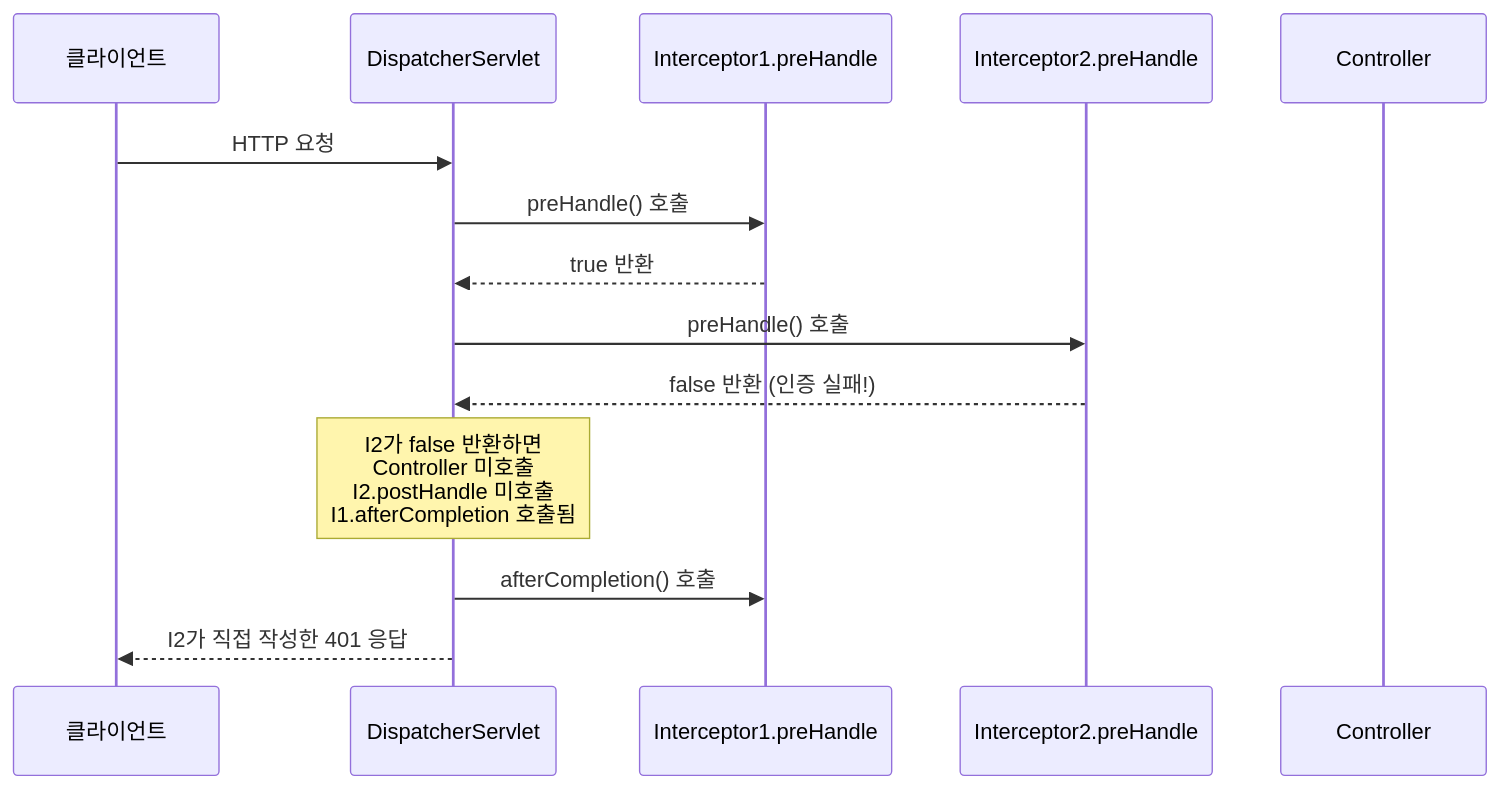
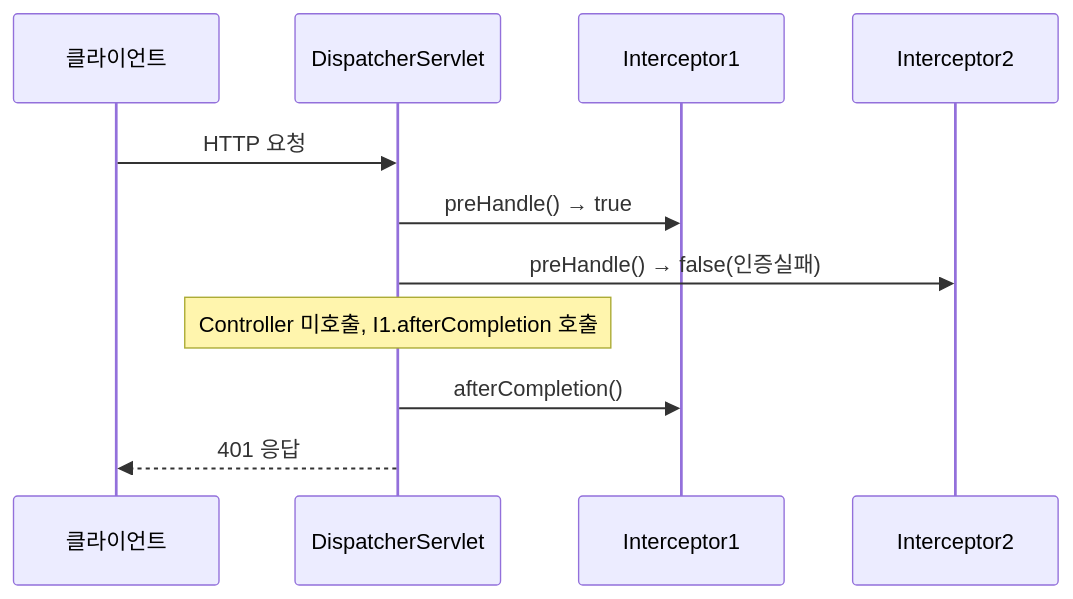
Before and after one commit to yjkim2015/yjkim2015.github.io: the fourth of 8 diagrams in _posts/spring/2026-05-02-spring-interceptor.md, drawn with Mermaid. The commit also changed other lines of this file and 215 other files, not shown here.

First line of the commit message:
신규 포스트 10개 추가 + Mermaid 전면 축소 + SystemDesign 시리즈 보강

````diff
--- a/_posts/spring/2026-05-02-spring-interceptor.md
+++ b/_posts/spring/2026-05-02-spring-interceptor.md
@@ -399,17 +343,13 @@
 ```mermaid
 sequenceDiagram
     participant C as 클라이언트
     participant DS as DispatcherServlet
-    participant I1 as Interceptor1.preHandle
-    participant I2 as Interceptor2.preHandle
-    participant CT as Controller
-
+    participant I1 as Interceptor1
+    participant I2 as Interceptor2
     C->>DS: HTTP 요청
-    DS->>I1: preHandle() 호출
-    I1-->>DS: true 반환
-    DS->>I2: preHandle() 호출
-    I2-->>DS: false 반환 (인증 실패!)
-    Note over DS: I2가 false 반환하면<br>Controller 미호출<br>I2.postHandle 미호출<br>I1.afterCompletion 호출됨
-    DS->>I1: afterCompletion() 호출
-    DS-->>C: I2가 직접 작성한 401 응답
+    DS->>I1: preHandle() → true
+    DS->>I2: preHandle() → false(인증실패)
+    Note over DS: Controller 미호출, I1.afterCompletion 호출
+    DS->>I1: afterCompletion()
+    DS-->>C: 401 응답
 ```
````
